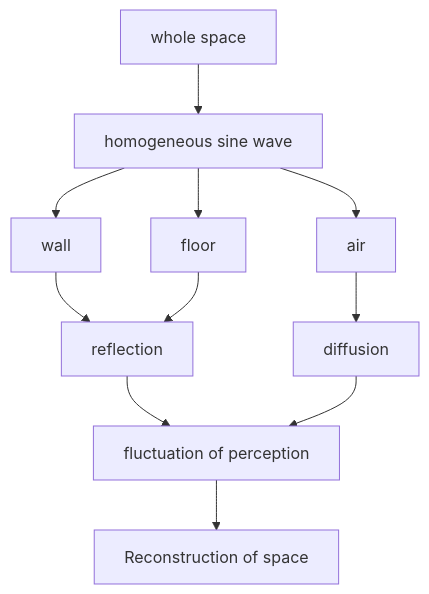
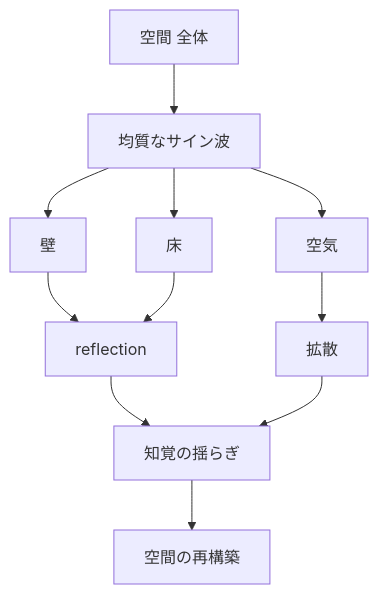
One commit to monumental-movement/monumental-movement.github.io changed the fourth of 11 diagrams in en/_posts/2026-04-18-column-sachiko-m.md. Above: the diagram before and after it, drawn with Mermaid. The commit also changed other lines of this file and 2196 other files, not shown here.

```diff
--- a/en/_posts/2026-04-18-column-sachiko-m.md
+++ b/en/_posts/2026-04-18-column-sachiko-m.md
@@ -276,13 +275,13 @@
 <div class="mermaid">
 flowchart TB
-    A[whole space] --> B[homogeneous sine wave]
-    B --> C[wall]
-    B --> D[floor]
-    B --> E[air]
+    A[空間 全体] --> B[均質なサイン波]
+    B --> C[壁]
+    B --> D[床]
+    B --> E[空気]
     C --> F[reflection]
     D --> F
-    E --> G[diffusion]
-    F --> H[fluctuation of perception]
+    E --> G[拡散]
+    F --> H[知覚の揺らぎ]
     G --> H
-    H --> I[Reconstruction of space]
+    H --> I[空間の再構築]
 </div>
```
